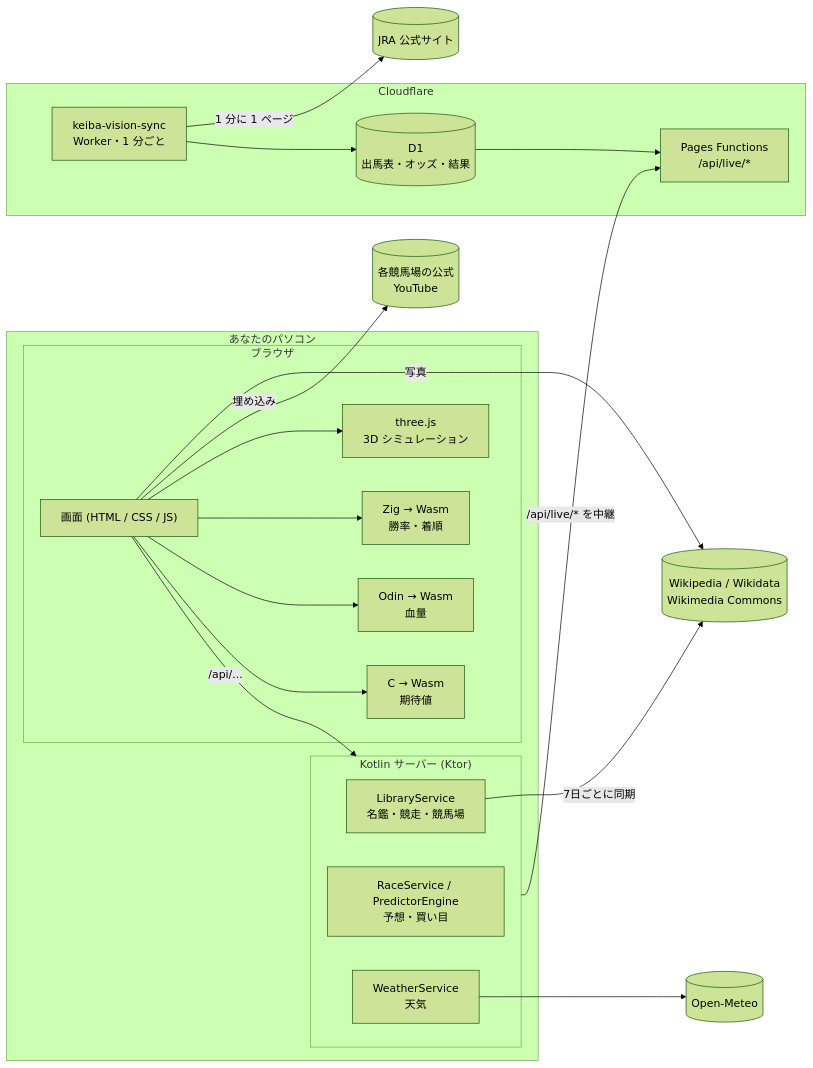
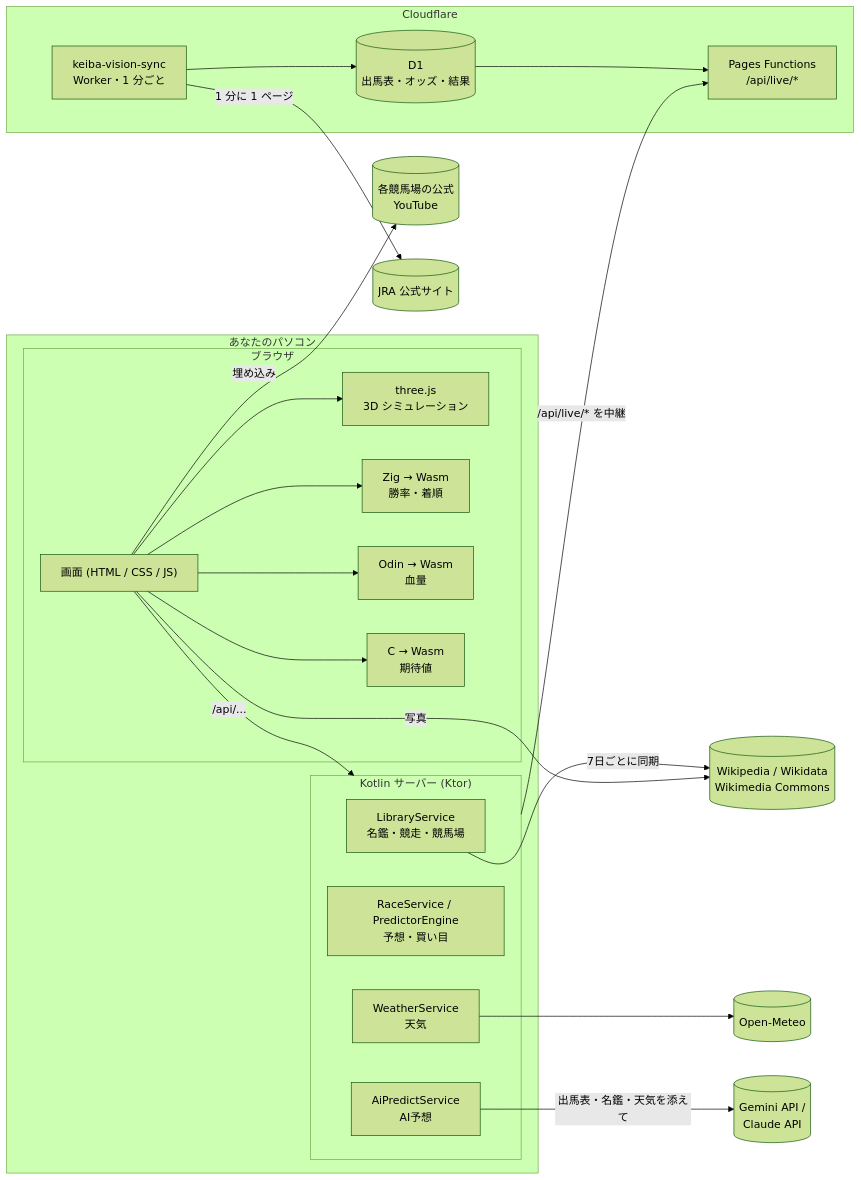
The diagram in README.md (Koan0717/keiba-predictor), drawn with Mermaid (forest theme) before and after one commit. The commit also changed other lines of this file and 10 other files, not shown here.

First line of the commit message:
AI予想 (Gemini / Claude) を追加し、Windows で起動できない問題などを修正

````diff
--- a/README.md
+++ b/README.md
@@ -418,36 +446,39 @@
 ```mermaid
 flowchart LR
     subgraph PC["あなたのパソコン"]
         subgraph JVM["Kotlin サーバー (Ktor)"]
             L[LibraryService<br/>名鑑・競走・競馬場]
             R[RaceService / PredictorEngine<br/>予想・買い目]
             W[WeatherService<br/>天気]
+            A[AiPredictService<br/>AI予想]
         end
         subgraph Browser["ブラウザ"]
             UI["画面 (HTML / CSS / JS)"]
             T[three.js<br/>3D シミュレーション]
             Z[Zig → Wasm<br/>勝率・着順]
             O[Odin → Wasm<br/>血量]
             C[C → Wasm<br/>期待値]
         end
     end
     WP[(Wikipedia / Wikidata<br/>Wikimedia Commons)]
     OM[(Open-Meteo)]
     YT[(各競馬場の公式<br/>YouTube)]
+    AI[(Gemini API /<br/>Claude API)]
     UI -- "/api/..." --> JVM
     L -- 7日ごとに同期 --> WP
     W --> OM
+    A -- 出馬表・名鑑・天気を添えて --> AI
     UI -- 写真 --> WP
     UI -- 埋め込み --> YT
     UI --> T & Z & O & C
     JVM -- "/api/live/* を中継" --> FN
     subgraph CF["Cloudflare"]
         SYNC["keiba-vision-sync<br/>Worker・1 分ごと"]
         D1[(D1<br/>出馬表・オッズ・結果)]
         FN["Pages Functions<br/>/api/live/*"]
     end
     JRA[(JRA 公式サイト)]
     SYNC -- 1 分に 1 ページ --> JRA
     SYNC --> D1
     D1 --> FN
 ```
````
